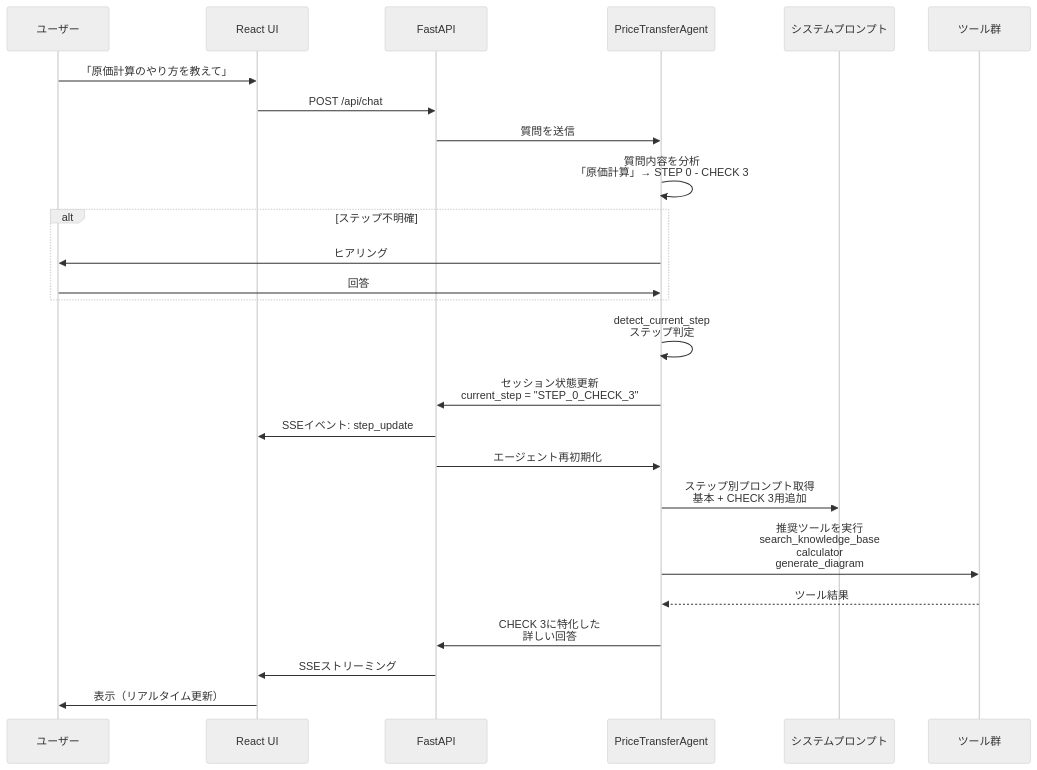
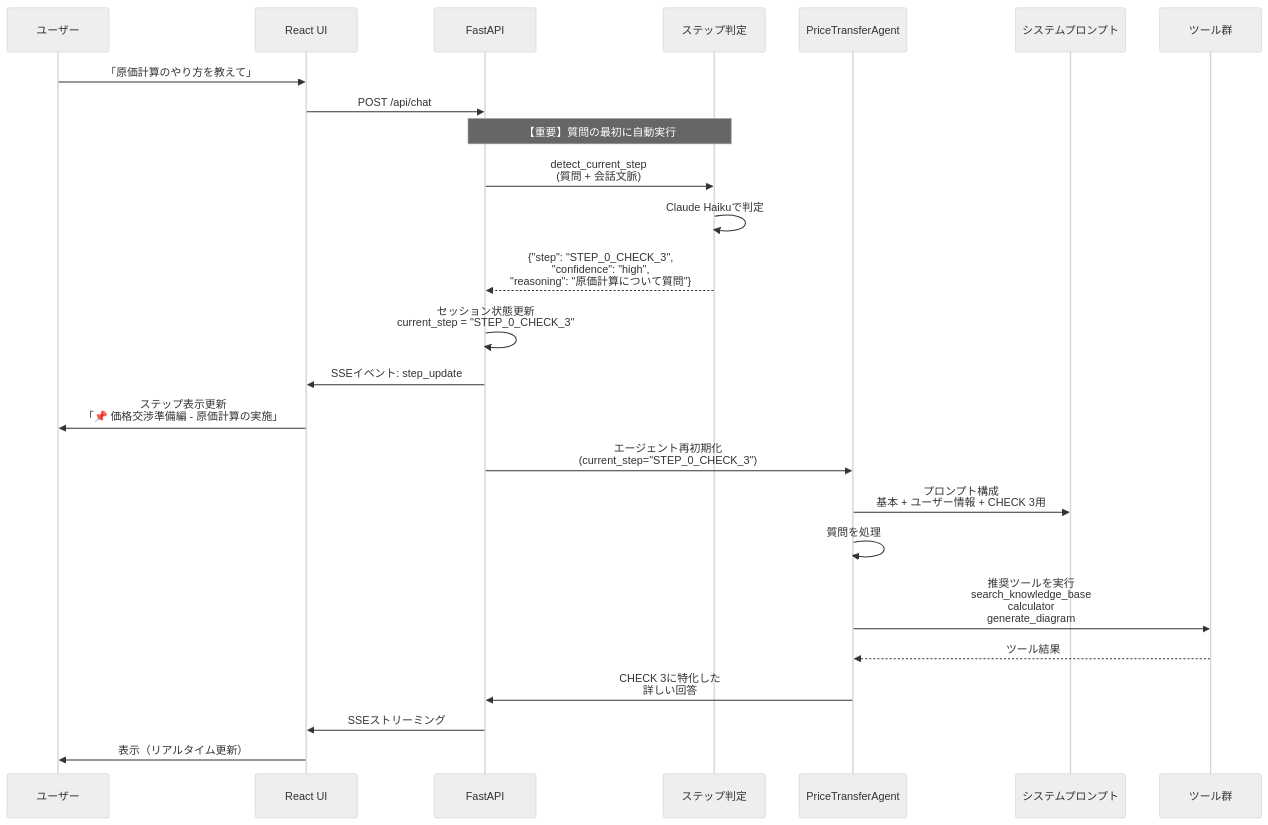
Before and after one commit to riku-to-koba/SME-Agency-Price-Transfer-Support-AI: the second of 8 diagrams in docs/ARCHITECTURE.md, drawn with Mermaid (neutral theme). The commit also changed other lines of this file and 1 other file, not shown here.

````diff
--- a/docs/ARCHITECTURE.md
+++ b/docs/ARCHITECTURE.md
@@ -43,38 +49,36 @@
 ```mermaid
 sequenceDiagram
     participant User as ユーザー
     participant UI as React UI
     participant API as FastAPI
+    participant Detector as ステップ判定
     participant Agent as PriceTransferAgent
     participant Prompt as システムプロンプト
     participant Tools as ツール群
 
     User->>UI: 「原価計算のやり方を教えて」
     UI->>API: POST /api/chat
-    API->>Agent: 質問を送信
 
-    Agent->>Agent: 質問内容を分析<br/>「原価計算」→ STEP 0 - CHECK 3
+    Note over API,Detector: 【重要】質問の最初に自動実行
+    API->>Detector: detect_current_step<br/>(質問 + 会話文脈)
+    Detector->>Detector: Claude Haikuで判定
+    Detector-->>API: {"step": "STEP_0_CHECK_3",<br/>"confidence": "high",<br/>"reasoning": "原価計算について質問"}
 
-    alt ステップ不明確
-        Agent->>User: ヒアリング
-        User->>Agent: 回答
-    end
+    API->>API: セッション状態更新<br/>current_step = "STEP_0_CHECK_3"
+    API->>UI: SSEイベント: step_update
+    UI->>User: ステップ表示更新<br/>「📌 価格交渉準備編 - 原価計算の実施」
 
-    Agent->>Agent: detect_current_step<br/>ステップ判定
+    API->>Agent: エージェント再初期化<br/>(current_step="STEP_0_CHECK_3")
 
-    Agent->>API: セッション状態更新<br/>current_step = "STEP_0_CHECK_3"
-    API->>UI: SSEイベント: step_update
+    Agent->>Prompt: プロンプト構成<br/>基本 + ユーザー情報 + CHECK 3用
 
-    API->>Agent: エージェント再初期化
-
-    Agent->>Prompt: ステップ別プロンプト取得<br/>基本 + CHECK 3用追加
-
+    Agent->>Agent: 質問を処理
     Agent->>Tools: 推奨ツールを実行<br/>search_knowledge_base<br/>calculator<br/>generate_diagram
 
     Tools-->>Agent: ツール結果
 
     Agent->>API: CHECK 3に特化した<br/>詳しい回答
     API->>UI: SSEストリーミング
 
     UI->>User: 表示（リアルタイム更新）
 ```
````
